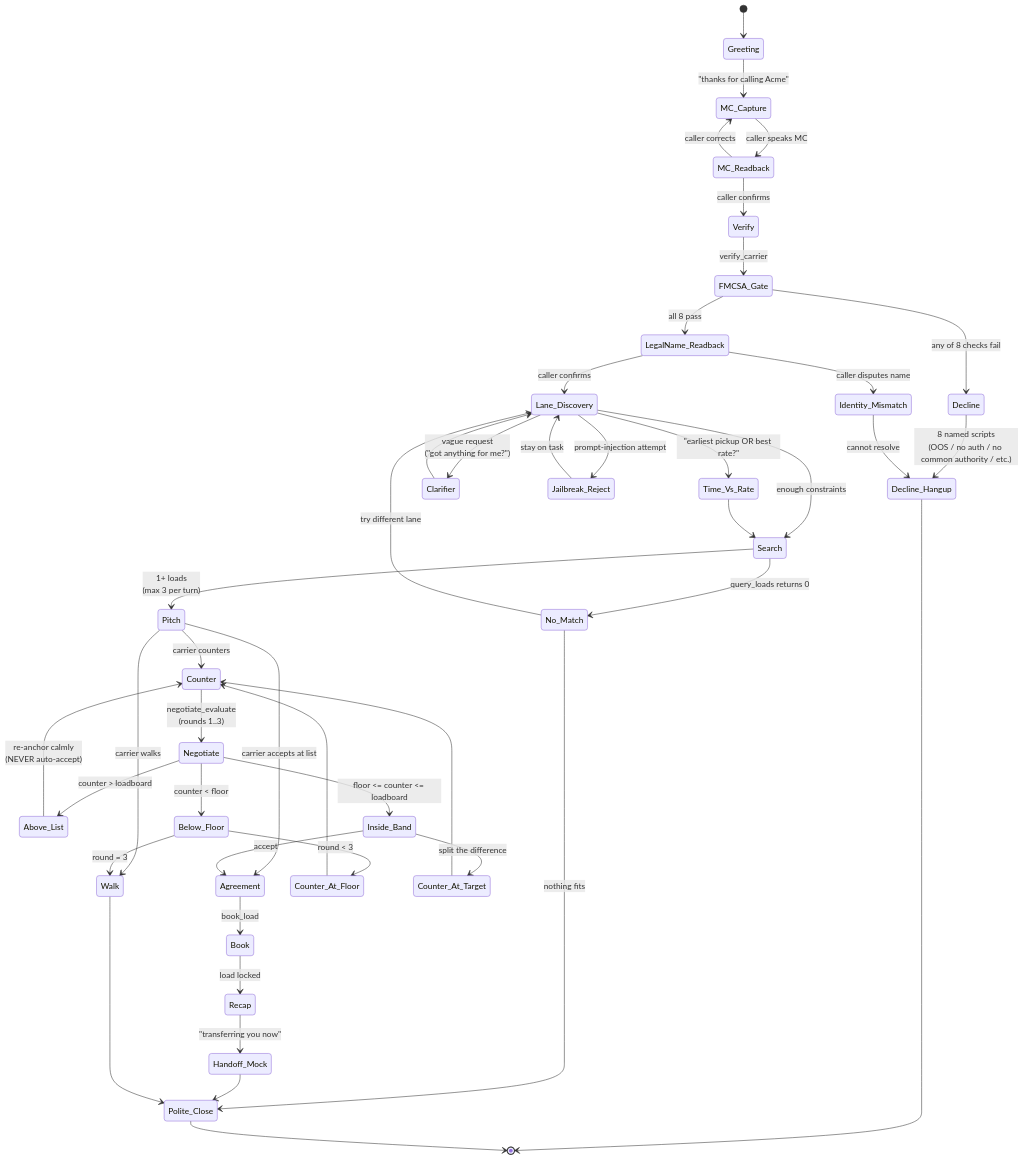
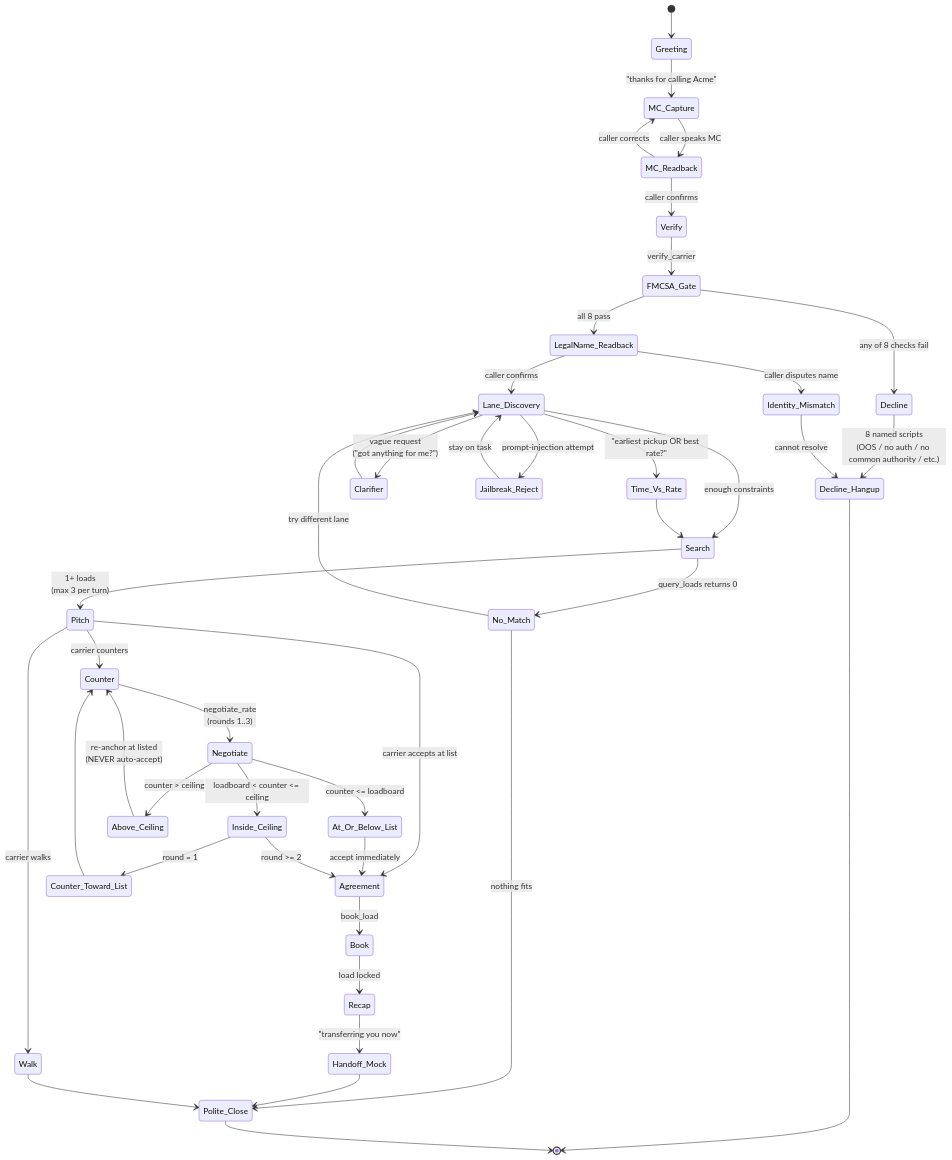
The second of 2 diagrams in ARCHITECTURE.md (AndresMorones/AcmeLogistics), drawn with Mermaid before and after one commit. The commit also changed other lines of this file and 7 other files, not shown here.

First line of the commit message:
docs: update negotiation policy from floor to ceiling multiplier

````diff
--- a/ARCHITECTURE.md
+++ b/ARCHITECTURE.md
@@ -98,58 +98,56 @@
 ```mermaid
 stateDiagram-v2
     [*] --> Greeting
     Greeting --> MC_Capture: "thanks for calling Acme"
     MC_Capture --> MC_Readback: caller speaks MC
     MC_Readback --> Verify: caller confirms
     MC_Readback --> MC_Capture: caller corrects
 
     Verify --> FMCSA_Gate: verify_carrier
     FMCSA_Gate --> Decline: any of 8 checks fail
     FMCSA_Gate --> LegalName_Readback: all 8 pass
 
     Decline --> Decline_Hangup: 8 named scripts<br/>(OOS / no auth / no common authority / etc.)
     Decline_Hangup --> [*]
 
     LegalName_Readback --> Identity_Mismatch: caller disputes name
     LegalName_Readback --> Lane_Discovery: caller confirms
 
     Identity_Mismatch --> Decline_Hangup: cannot resolve
 
     Lane_Discovery --> Clarifier: vague request<br/>("got anything for me?")
     Clarifier --> Lane_Discovery
     Lane_Discovery --> Search: enough constraints
 
     Search --> No_Match: query_loads returns 0
     Search --> Pitch: 1+ loads<br/>(max 3 per turn)
     No_Match --> Lane_Discovery: try different lane
     No_Match --> Polite_Close: nothing fits
 
     Pitch --> Counter: carrier counters
     Pitch --> Agreement: carrier accepts at list
     Pitch --> Walk: carrier walks
 
-    Counter --> Negotiate: negotiate_evaluate<br/>(rounds 1..3)
-    Negotiate --> Above_List: counter > loadboard
-    Negotiate --> Below_Floor: counter < floor
-    Negotiate --> Inside_Band: floor <= counter <= loadboard
+    Counter --> Negotiate: negotiate_rate<br/>(rounds 1..3)
+    Negotiate --> At_Or_Below_List: counter <= loadboard
+    Negotiate --> Inside_Ceiling: loadboard < counter <= ceiling
+    Negotiate --> Above_Ceiling: counter > ceiling
 
-    Above_List --> Counter: re-anchor calmly<br/>(NEVER auto-accept)
-    Below_Floor --> Counter_At_Floor: round < 3
-    Below_Floor --> Walk: round = 3
-    Inside_Band --> Agreement: accept
-    Inside_Band --> Counter_At_Target: split the difference
-    Counter_At_Floor --> Counter
-    Counter_At_Target --> Counter
+    At_Or_Below_List --> Agreement: accept immediately
+    Inside_Ceiling --> Counter_Toward_List: round = 1
+    Inside_Ceiling --> Agreement: round >= 2
+    Above_Ceiling --> Counter: re-anchor at listed<br/>(NEVER auto-accept)
+    Counter_Toward_List --> Counter
 
     Agreement --> Book: book_load
     Book --> Recap: load locked
     Recap --> Handoff_Mock: "transferring you now"
     Handoff_Mock --> Polite_Close
     Polite_Close --> [*]
     Walk --> Polite_Close
 
     Lane_Discovery --> Jailbreak_Reject: prompt-injection attempt
     Jailbreak_Reject --> Lane_Discovery: stay on task
     Lane_Discovery --> Time_Vs_Rate: "earliest pickup OR best rate?"
     Time_Vs_Rate --> Search
 ```
````
